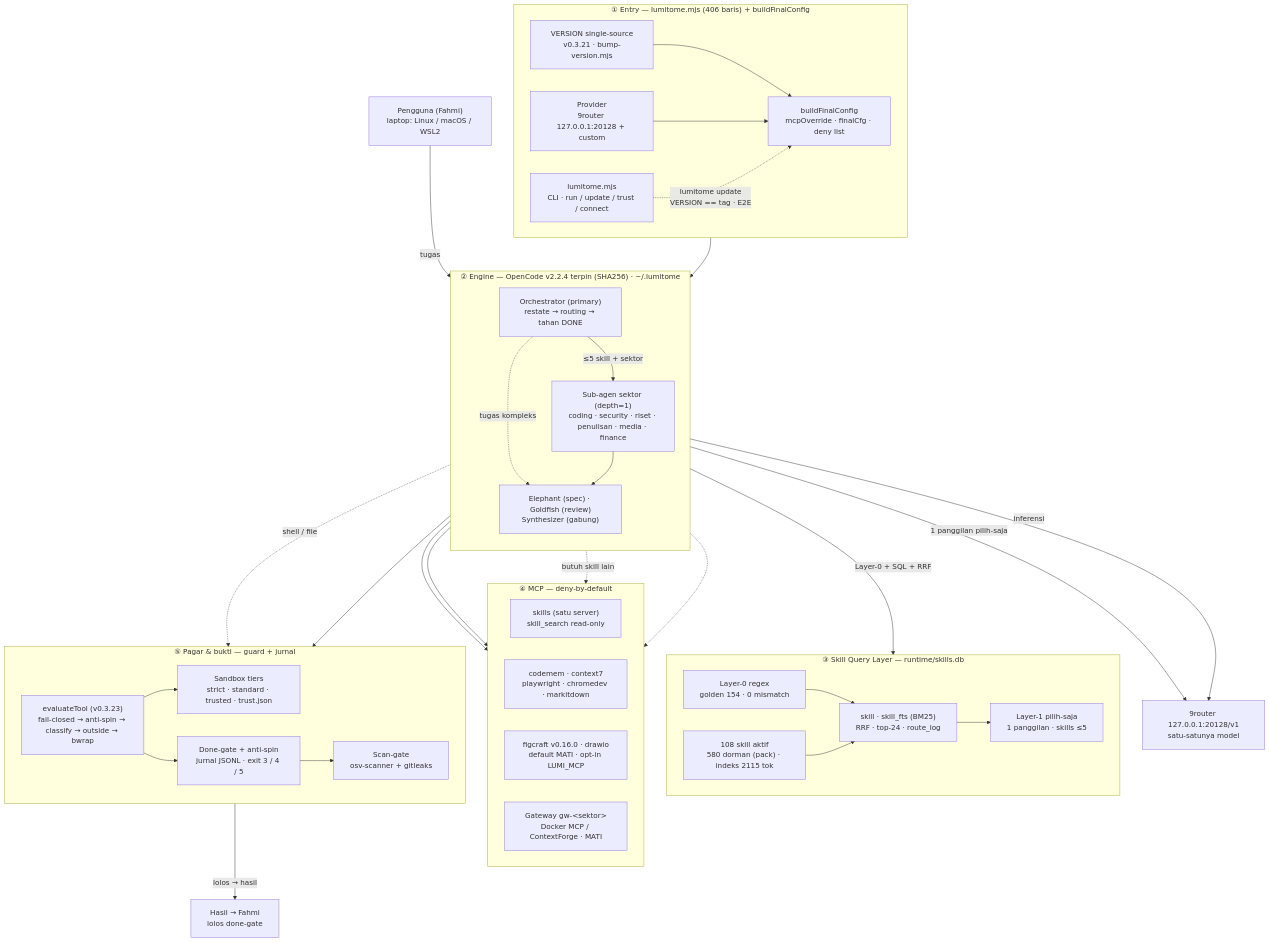
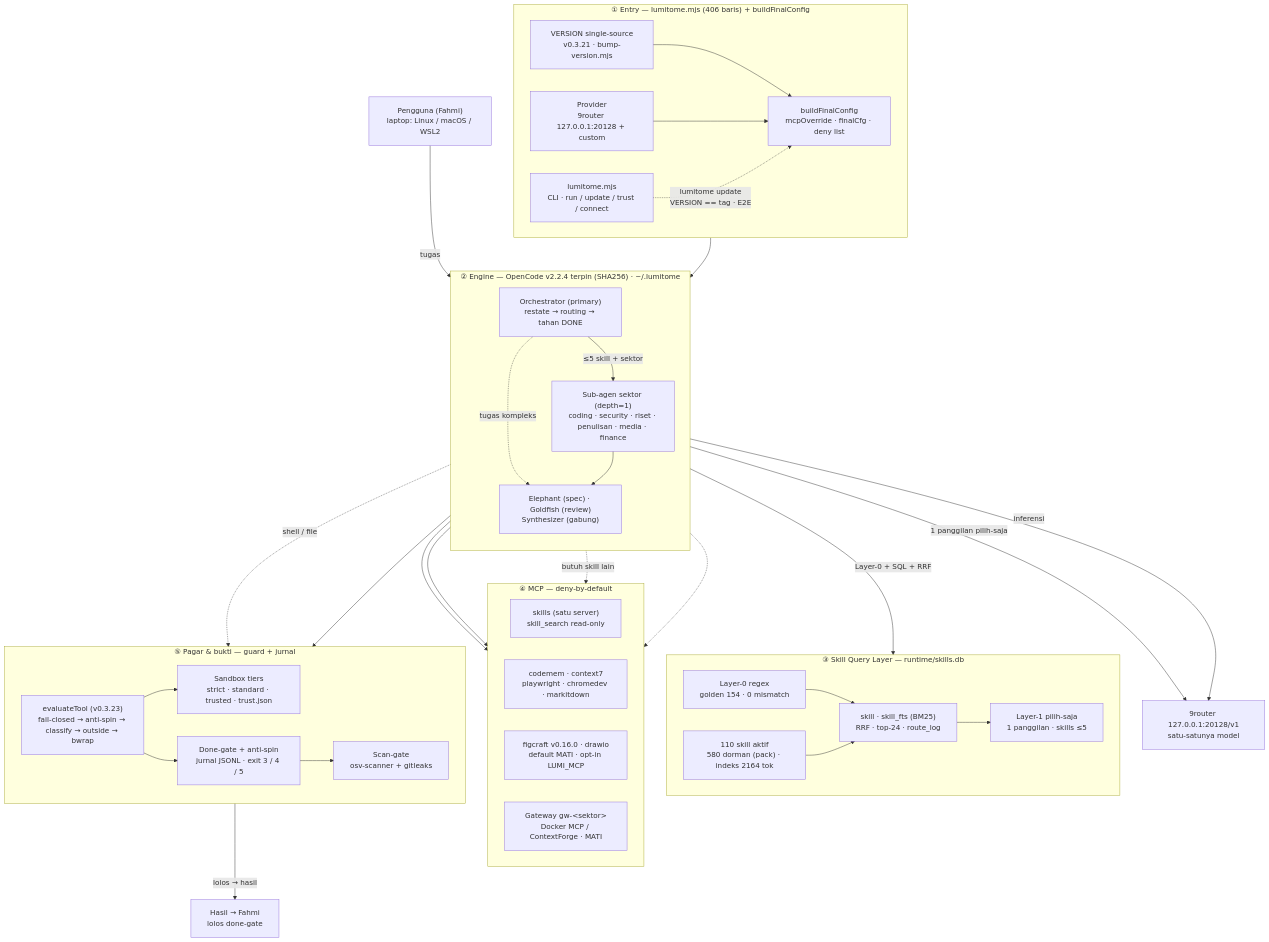
Before and after one commit to fahmi0812/Lumitome: the diagram in docs/diagrams/arsitektur-final.mmd, drawn with Mermaid. The commit also changed 28 other files, not shown here.

```diff
--- a/docs/diagrams/arsitektur-final.mmd
+++ b/docs/diagrams/arsitektur-final.mmd
@@ -1,73 +1,73 @@
 ---
 config:
   flowchart:
     padding: 18
 ---
 flowchart TB
   U["Pengguna (Fahmi)<br/>laptop: Linux / macOS / WSL2"]
 
   subgraph ENTRY["① Entry — lumitome.mjs (406 baris) + buildFinalConfig"]
     direction LR
     E1["lumitome.mjs<br/>CLI · run / update / trust / connect"]
     E2["buildFinalConfig<br/>mcpOverride · finalCfg · deny list"]
     E3["VERSION single-source<br/>v0.3.21 · bump-version.mjs"]
     E4["Provider<br/>9router 127.0.0.1:20128 + custom"]
     E3 --> E2
     E4 --> E2
     E1 -. "lumitome update<br/>VERSION == tag · E2E" .-> E2
   end
 
   subgraph ENG["② Engine — OpenCode v2.2.4 terpin (SHA256) · ~/.lumitome"]
     direction TB
     ORC["Orchestrator (primary)<br/>restate → routing → tahan DONE"]
     SEK["Sub-agen sektor (depth=1)<br/>coding · security · riset · penulisan · media · finance"]
     AUX["Elephant (spec) · Goldfish (review)<br/>Synthesizer (gabung)"]
     ORC -- "≤5 skill + sektor" --> SEK
     ORC -. "tugas kompleks" .-> AUX
     SEK --> AUX
   end
 
   subgraph SQL["③ Skill Query Layer — runtime/skills.db"]
     direction LR
     L0["Layer-0 regex<br/>golden 154 · 0 mismatch"]
     DB["skill · skill_fts (BM25)<br/>RRF · top-24 · route_log"]
     L1["Layer-1 pilih-saja<br/>1 panggilan · skills ≤5"]
-    REG["108 skill aktif<br/>580 dorman (pack) · indeks 2115 tok"]
+    REG["110 skill aktif<br/>580 dorman (pack) · indeks 2164 tok"]
     L0 --> DB --> L1
     REG --> DB
   end
 
   subgraph MCP["④ MCP — deny-by-default"]
     direction LR
     M1["skills (satu server)<br/>skill_search read-only"]
     M2["codemem · context7<br/>playwright · chromedev · markitdown"]
     M3["figcraft v0.16.0 · drawio<br/>default MATI · opt-in LUMI_MCP"]
     M4["Gateway gw-&lt;sektor&gt;<br/>Docker MCP / ContextForge · MATI"]
   end
 
   subgraph GATE["⑤ Pagar & bukti — guard + jurnal"]
     direction LR
     EV["evaluateTool (v0.3.23)<br/>fail-closed → anti-spin → classify → outside → bwrap"]
     SB["Sandbox tiers<br/>strict · standard · trusted · trust.json"]
     DG["Done-gate + anti-spin<br/>jurnal JSONL · exit 3 / 4 / 5"]
     SG["Scan-gate<br/>osv-scanner + gitleaks"]
     EV --> SB
     EV --> DG
     DG --> SG
   end
 
   R9["9router 127.0.0.1:20128/v1<br/>satu-satunya model"]
   OUT["Hasil → Fahmi<br/>lolos done-gate"]
 
   U -- "tugas" --> ORC
   ENTRY --> ENG
   ORC -- "Layer-0 + SQL + RRF" --> DB
   ORC -- "1 panggilan pilih-saja" --> R9
   SEK -- "inferensi" --> R9
   SEK --> M1
   SEK --> M2
   SEK -. "butuh skill lain" .-> M3
   SEK -.-> M4
   SEK -. "shell / file" .-> EV
   AUX --> DG
   DG -- "lolos → hasil" --> OUT
```
